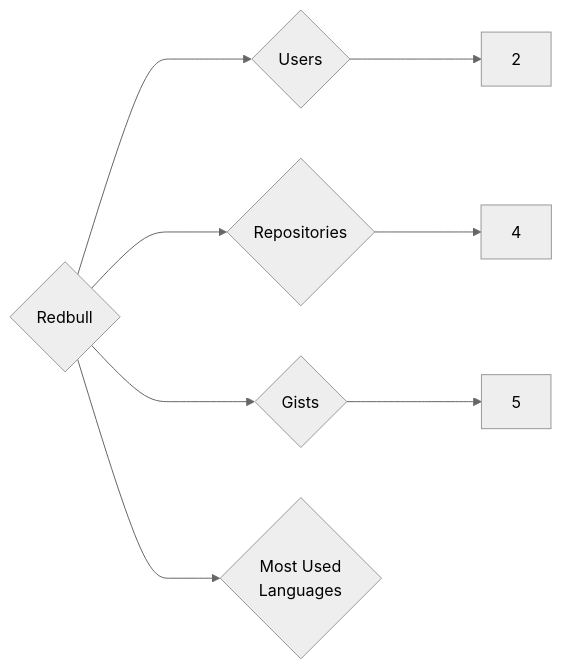
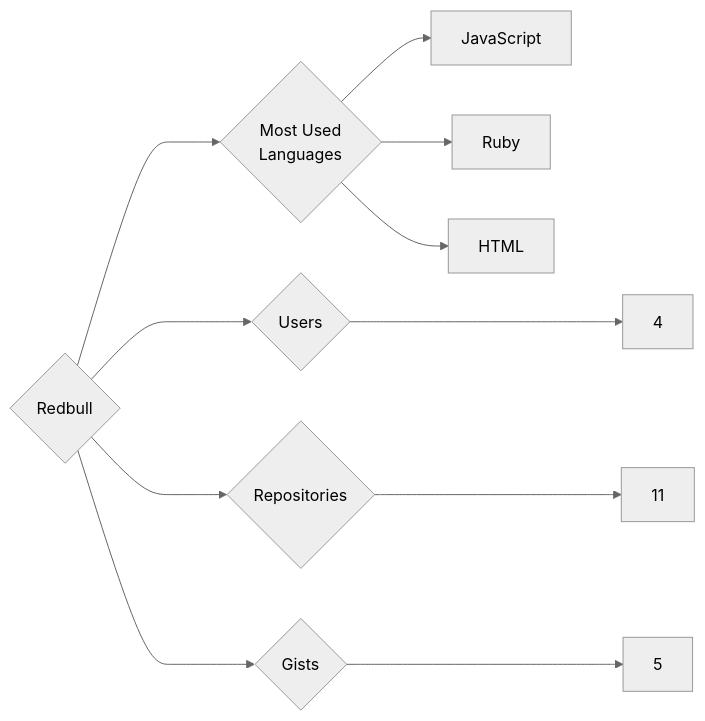
The diagram in targets/Redbull/README.md (trickest/insiders), drawn with Mermaid (neutral theme) before and after one commit. The commit also changed 995 other files, not shown here.

````diff
--- a/targets/Redbull/README.md
+++ b/targets/Redbull/README.md
@@ -3,8 +3,11 @@
 ```mermaid
 graph LR
 COMPANY_NAME{Redbull}
-COMPANY_NAME ---> U{Users} ---> UN[2]
-COMPANY_NAME ---> R{Repositories} ---> RN[4]
+COMPANY_NAME ---> U{Users} ---> UN[4]
+COMPANY_NAME ---> R{Repositories} ---> RN[11]
 COMPANY_NAME ---> G{Gists} ---> GN[5]
 COMPANY_NAME ---> ML{Most Used<br>Languages}
+ML --> JavaScript[JavaScript]
+ML --> Ruby[Ruby]
+ML --> HTML[HTML]
 ```
````
